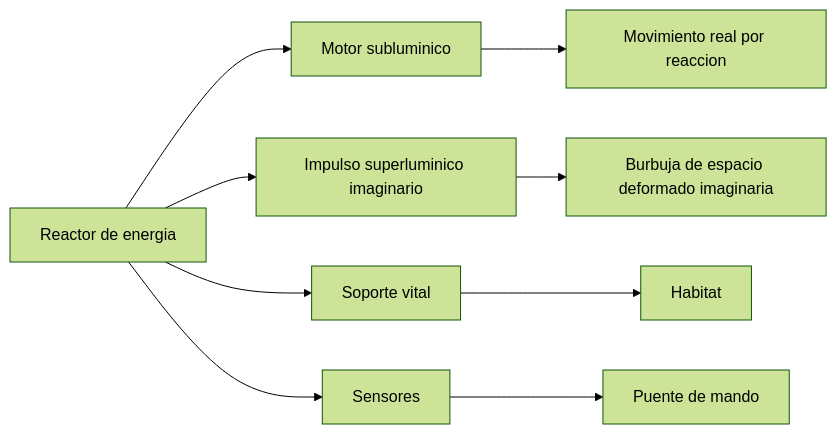
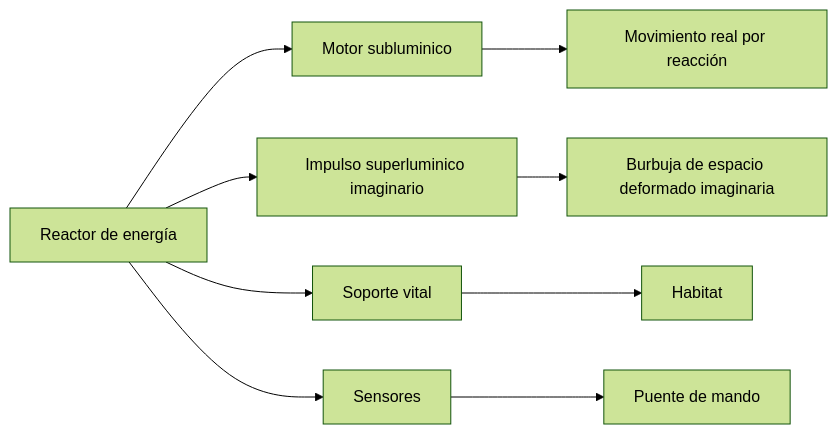
The first of 2 diagrams in vehiculos-fantasticos/nave-exploracion/operacion/sistemas-mecanicos-nave-exploracion.md (vladimiracunadev-create/machine-operator-program), drawn with Mermaid (forest theme) before and after one commit. The commit also changed other lines of this file and 442 other files, not shown here.

````diff
--- a/vehiculos-fantasticos/nave-exploracion/operacion/sistemas-mecanicos-nave-exploracion.md
+++ b/vehiculos-fantasticos/nave-exploracion/operacion/sistemas-mecanicos-nave-exploracion.md
@@ -12,11 +12,11 @@
 ```mermaid
 flowchart LR
-    Reactor[Reactor de energia] --> Subluz[Motor subluminico]
+    Reactor[Reactor de energía] --> Subluz[Motor subluminico]
     Reactor --> Warp[Impulso superluminico imaginario]
     Reactor --> Soporte[Soporte vital]
     Reactor --> Sensores[Sensores]
-    Subluz --> Mov[Movimiento real por reaccion]
+    Subluz --> Mov[Movimiento real por reacción]
     Warp --> Burbuja[Burbuja de espacio deformado imaginaria]
     Sensores --> Puente[Puente de mando]
     Soporte --> Habitat[Habitat]
 ```
````
